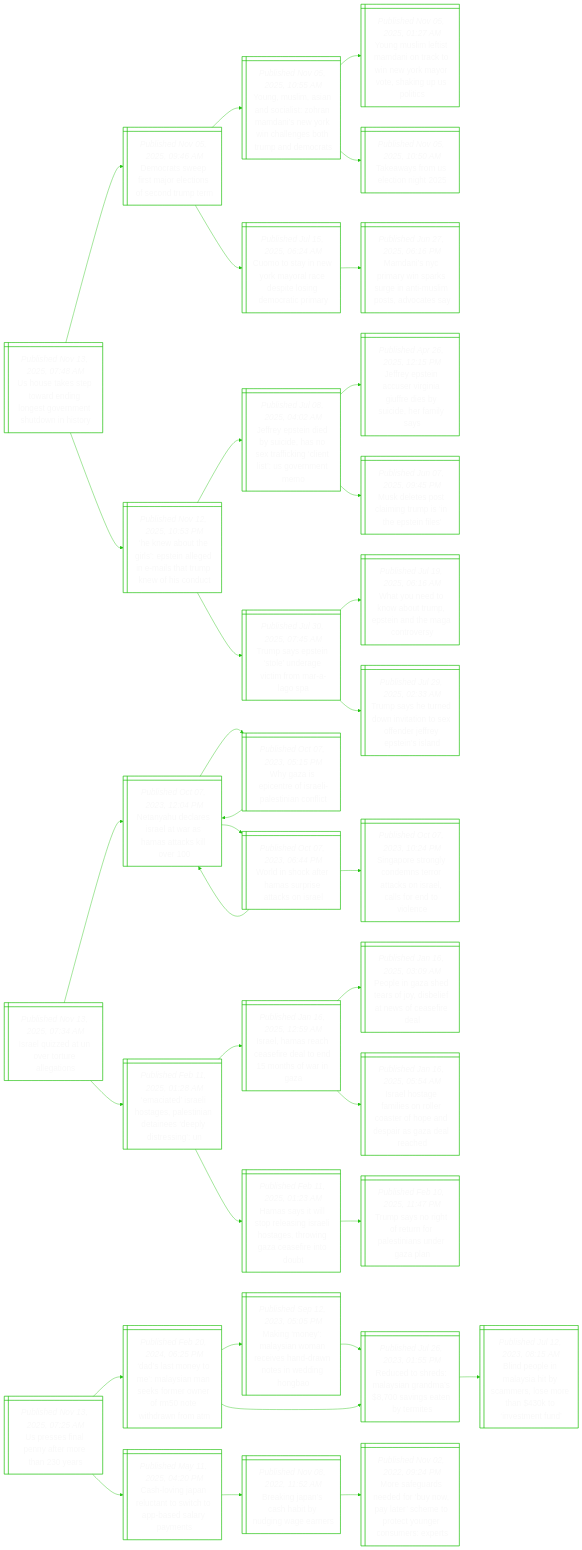
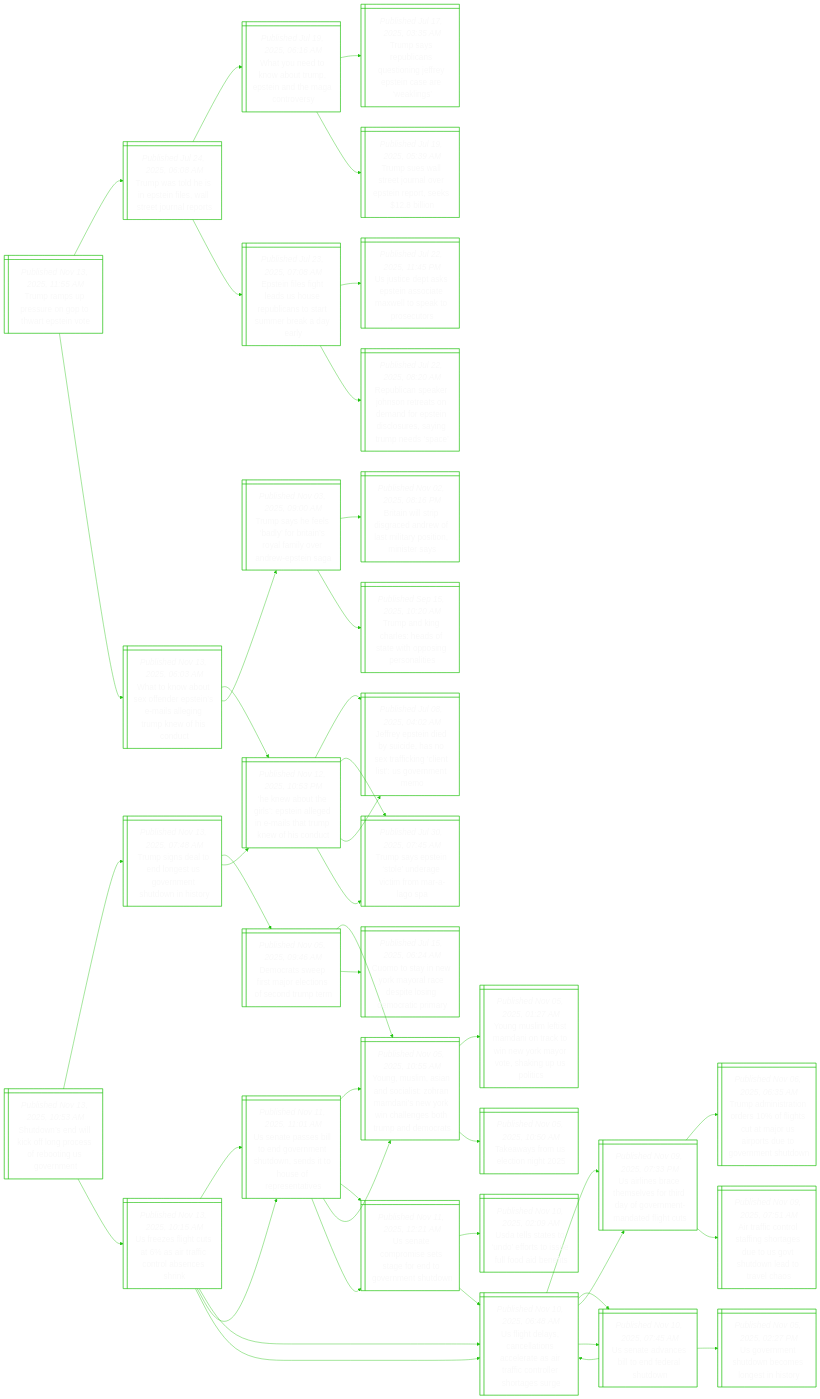
Before and after one commit to notJmes/notJmes: the diagram in README.md, drawn with Mermaid. The commit also changed other lines of this file, not shown here.

````diff
--- a/README.md
+++ b/README.md
@@ -16,115 +16,142 @@
 flowchart LR
 classDef txtsize font-size:20px;
 
-Usepringnsohr@{ shape: win-pane, label: "_Published Nov 13, 2025, 07:48 AM_
-Us house takes step toward ending longest government shutdown in history" }
+Trusotasv@{ shape: win-pane, label: "_Published Nov 13, 2025, 11:55 AM_
+Trump ramps up pressure on gop to thwart epstein vote" }
+TwlssfWtJao@{ shape: win-pane, label: "_Published Jul 24, 2025, 06:08 AM_
+Trump was told he is in epstein files, wall street journal reports" }
+WodoumtnMov@{ shape: win-pane, label: "_Published Jul 19, 2025, 06:16 AM_
+What you need to know about trump, epstein and the maga controversy" }
+Tseiqigrscrks@{ shape: win-pane, label: "_Published Jul 17, 2025, 03:35 AM_
+Trump says republicans questioning jeffrey epstein case are ‘weaklings’" }
+TsarolEioel@{ shape: win-pane, label: "_Published Jul 19, 2025, 05:39 AM_
+Trump sues wall street journal over epstein report, seeks $12.8 billion" }
+Eiehdoeitrmeal@{ shape: win-pane, label: "_Published Jul 23, 2025, 07:08 AM_
+Epstein files fight leads us house republicans to start summer break a day early" }
+Utektsaxtaru@{ shape: win-pane, label: "_Published Jul 22, 2025, 11:45 PM_
+Us justice dept asks epstein associate maxwell to speak to prosecutors" }
+RlSenetefsdosnmdc@{ shape: win-pane, label: "_Published Jul 22, 2025, 08:20 AM_
+Republican speaker johnson retreats on demand for epstein disclosures, saying trump needs ‘space’" }
+Woasfremaiueid@{ shape: win-pane, label: "_Published Nov 13, 2025, 06:03 AM_
+What to know about sex offender epstein’s e-mails alleging trump knew of his conduct" }
+HwtipngesTkfot@{ shape: win-pane, label: "_Published Nov 12, 2025, 10:53 PM_
+‘he knew about the girls’: epstein alleged in e-mails that trump knew of his conduct" }
+Jetisdntigntvem@{ shape: win-pane, label: "_Published Jul 08, 2025, 04:02 AM_
+Jeffrey epstein died by suicide, has no sex trafficking ‘client list’: us government memo" }
+Tspnerifag@{ shape: win-pane, label: "_Published Jul 30, 2025, 07:45 AM_
+Trump says epstein ‘stole’ underage victim from mar-a-lago spa" }
+Tsesyrnaierss@{ shape: win-pane, label: "_Published Nov 03, 2025, 09:00 AM_
+Trump says he feels ‘badly’ for britain’s royal family over andrew-epstein saga" }
+BilprAwsipinr@{ shape: win-pane, label: "_Published Nov 02, 2025, 08:16 PM_
+Britain will strip disgraced andrew of last military position, minister says" }
+Tanrefeoirls@{ shape: win-pane, label: "_Published Sep 15, 2025, 10:20 AM_
+Trump and king charles: heads of state with opposing personalities" }
+
+Trusotasv:::txtsize --> TwlssfWtJao:::txtsize
+TwlssfWtJao:::txtsize --> WodoumtnMov:::txtsize
+WodoumtnMov:::txtsize --> Tseiqigrscrks:::txtsize
+WodoumtnMov:::txtsize --> TsarolEioel:::txtsize
+TwlssfWtJao:::txtsize --> Eiehdoeitrmeal:::txtsize
+Eiehdoeitrmeal:::txtsize --> Utektsaxtaru:::txtsize
+Eiehdoeitrmeal:::txtsize --> RlSenetefsdosnmdc:::txtsize
+Trusotasv:::txtsize --> Woasfremaiueid:::txtsize
+Woasfremaiueid:::txtsize --> HwtipngesTkfot:::txtsize
+HwtipngesTkfot:::txtsize --> Jetisdntigntvem:::txtsize
+HwtipngesTkfot:::txtsize --> Tspnerifag:::txtsize
+Woasfremaiueid:::txtsize --> Tsesyrnaierss:::txtsize
+Tsesyrnaierss:::txtsize --> BilprAwsipinr:::txtsize
+Tsesyrnaierss:::txtsize --> Tanrefeoirls:::txtsize
+
+SonloncfoUen@{ shape: win-pane, label: "_Published Nov 13, 2025, 10:53 AM_
+Shutdown’s end will kick off long process of rebooting us government" }
+Tsdootveuns@{ shape: win-pane, label: "_Published Nov 13, 2025, 07:48 AM_
+Trump signs deal to end longest us government shutdown in history" }
 Drwialosdp@{ shape: win-pane, label: "_Published Nov 05, 2025, 09:46 AM_
 Democrats sweep first major elections of second trump term" }
+YMmnoihaiYilehpea@{ shape: win-pane, label: "_Published Nov 05, 2025, 10:55 AM_
+Young, muslim, asian and socialist: zohran mamdani’s new york win challenges both trump and democrats" }
+Ctywmaeiseary@{ shape: win-pane, label: "_Published Jul 15, 2025, 06:24 AM_
+Cuomo to stay in new york mayoral race despite losing democratic primary" }
+HwtipngesTkfot@{ shape: win-pane, label: "_Published Nov 12, 2025, 10:53 PM_
+‘he knew about the girls’: epstein alleged in e-mails that trump knew of his conduct" }
+Jetisdntigntvem@{ shape: win-pane, label: "_Published Jul 08, 2025, 04:02 AM_
+Jeffrey epstein died by suicide, has no sex trafficking ‘client list’: us government memo" }
+Tspnerifag@{ shape: win-pane, label: "_Published Jul 30, 2025, 07:45 AM_
+Trump says epstein ‘stole’ underage victim from mar-a-lago spa" }
+Uelctrfnacr@{ shape: win-pane, label: "_Published Nov 13, 2025, 10:15 AM_
+Us freezes flight cuts at 6% as air traffic control absences shrink" }
+UasieveunsHorte@{ shape: win-pane, label: "_Published Nov 11, 2025, 11:01 AM_
+Us senate passes bill to end government shutdown, sends it to house of representatives" }
+YMmnoihaiYilehpea@{ shape: win-pane, label: "_Published Nov 05, 2025, 10:55 AM_
+Young, muslim, asian and socialist: zohran mamdani’s new york win challenges both trump and democrats" }
+Uamitgegnso@{ shape: win-pane, label: "_Published Nov 11, 2025, 12:21 AM_
+Us senate compromise sets stage for end to government shutdown" }
+Uglalnetifolhgr@{ shape: win-pane, label: "_Published Nov 10, 2025, 06:48 AM_
+Us flight delays, cancellations accelerate as air traffic controller shortages surge" }
+Ulbtefiyvendhs@{ shape: win-pane, label: "_Published Nov 09, 2025, 07:33 PM_
+Us airlines brace themselves for third day of government-mandated flight cuts" }
+Uavstfat@{ shape: win-pane, label: "_Published Nov 10, 2025, 07:45 AM_
+Us senate advances bill to end federal shutdown" }
+
+SonloncfoUen:::txtsize --> Tsdootveuns:::txtsize
+Tsdootveuns:::txtsize --> Drwialosdp:::txtsize
+Drwialosdp:::txtsize --> YMmnoihaiYilehpea:::txtsize
+Drwialosdp:::txtsize --> Ctywmaeiseary:::txtsize
+Tsdootveuns:::txtsize --> HwtipngesTkfot:::txtsize
+HwtipngesTkfot:::txtsize --> Jetisdntigntvem:::txtsize
+HwtipngesTkfot:::txtsize --> Tspnerifag:::txtsize
+SonloncfoUen:::txtsize --> Uelctrfnacr:::txtsize
+Uelctrfnacr:::txtsize --> UasieveunsHorte:::txtsize
+UasieveunsHorte:::txtsize --> YMmnoihaiYilehpea:::txtsize
+UasieveunsHorte:::txtsize --> Uamitgegnso:::txtsize
+Uelctrfnacr:::txtsize --> Uglalnetifolhgr:::txtsize
+Uglalnetifolhgr:::txtsize --> Ulbtefiyvendhs:::txtsize
+Uglalnetifolhgr:::txtsize --> Uavstfat:::txtsize
+
+Uelctrfnacr@{ shape: win-pane, label: "_Published Nov 13, 2025, 10:15 AM_
+Us freezes flight cuts at 6% as air traffic control absences shrink" }
+UasieveunsHorte@{ shape: win-pane, label: "_Published Nov 11, 2025, 11:01 AM_
+Us senate passes bill to end government shutdown, sends it to house of representatives" }
 YMmnoihaiYilehpea@{ shape: win-pane, label: "_Published Nov 05, 2025, 10:55 AM_
 Young, muslim, asian and socialist: zohran mamdani’s new york win challenges both trump and democrats" }
 YMmimociYaoauoc@{ shape: win-pane, label: "_Published Nov 05, 2025, 01:27 AM_
 Young muslim leftist mamdani on track to win new york mayor vote, shaking up us politics" }
 Twreig@{ shape: win-pane, label: "_Published Nov 05, 2025, 10:50 AM_
 Takeaways from us election night 2025" }
-Ctywmaeiseary@{ shape: win-pane, label: "_Published Jul 15, 2025, 06:24 AM_
-Cuomo to stay in new york mayoral race despite losing democratic primary" }
-MnCankgnsodty@{ shape: win-pane, label: "_Published Jun 27, 2025, 06:16 PM_
-Mamdani’s nyc primary win sparks surge in anti-muslim posts, advocates say" }
-HwtipngesTkfot@{ shape: win-pane, label: "_Published Nov 12, 2025, 10:53 PM_
-‘he knew about the girls’: epstein alleged in e-mails that trump knew of his conduct" }
-Jetisdntigntvem@{ shape: win-pane, label: "_Published Jul 08, 2025, 04:02 AM_
-Jeffrey epstein died by suicide, has no sex trafficking ‘client list’: us government memo" }
-Jetcriiebceiy@{ shape: win-pane, label: "_Published Apr 26, 2025, 12:15 PM_
-Jeffrey epstein accuser virginia giuffre dies by suicide, her family says" }
-MesciuiEie@{ shape: win-pane, label: "_Published Jun 07, 2025, 09:45 PM_
-Musk deletes post claiming trump is ‘in the epstein files’" }
-Tspnerifag@{ shape: win-pane, label: "_Published Jul 30, 2025, 07:45 AM_
-Trump says epstein ‘stole’ underage victim from mar-a-lago spa" }
-WodoumtnMov@{ shape: win-pane, label: "_Published Jul 19, 2025, 06:16 AM_
-What you need to know about trump, epstein and the maga controversy" }
-Tseentnxneyes@{ shape: win-pane, label: "_Published Jul 29, 2025, 02:33 AM_
-Trump says he turned down invitation to sex offender jeffrey epstein’s island" }
+Uamitgegnso@{ shape: win-pane, label: "_Published Nov 11, 2025, 12:21 AM_
+Us senate compromise sets stage for end to government shutdown" }
+Uettorifodf@{ shape: win-pane, label: "_Published Nov 10, 2025, 02:09 AM_
+Usda tells states to ‘undo’ efforts to issue full food aid benefits" }
+Uglalnetifolhgr@{ shape: win-pane, label: "_Published Nov 10, 2025, 06:48 AM_
+Us flight delays, cancellations accelerate as air traffic controller shortages surge" }
+Uglalnetifolhgr@{ shape: win-pane, label: "_Published Nov 10, 2025, 06:48 AM_
+Us flight delays, cancellations accelerate as air traffic controller shortages surge" }
+Ulbtefiyvendhs@{ shape: win-pane, label: "_Published Nov 09, 2025, 07:33 PM_
+Us airlines brace themselves for third day of government-mandated flight cuts" }
+TaitroguaSouomhw@{ shape: win-pane, label: "_Published Nov 06, 2025, 06:35 AM_
+Trump administration orders 10% of flights cut at major us airports due to government shutdown" }
+AacofsauSsoarc@{ shape: win-pane, label: "_Published Nov 09, 2025, 07:51 AM_
+Air traffic control staffing shortages due to us govt shutdown lead to travel chaos" }
+Uavstfat@{ shape: win-pane, label: "_Published Nov 10, 2025, 07:45 AM_
+Us senate advances bill to end federal shutdown" }
+Uentbegno@{ shape: win-pane, label: "_Published Nov 05, 2025, 02:27 PM_
+Us government shutdown becomes longest in history" }
+Uglalnetifolhgr@{ shape: win-pane, label: "_Published Nov 10, 2025, 06:48 AM_
+Us flight delays, cancellations accelerate as air traffic controller shortages surge" }
 
-Usepringnsohr:::txtsize --> Drwialosdp:::txtsize
-Drwialosdp:::txtsize --> YMmnoihaiYilehpea:::txtsize
+Uelctrfnacr:::txtsize --> UasieveunsHorte:::txtsize
+UasieveunsHorte:::txtsize --> YMmnoihaiYilehpea:::txtsize
 YMmnoihaiYilehpea:::txtsize --> YMmimociYaoauoc:::txtsize
 YMmnoihaiYilehpea:::txtsize --> Twreig:::txtsize
-Drwialosdp:::txtsize --> Ctywmaeiseary:::txtsize
-Ctywmaeiseary:::txtsize --> MnCankgnsodty:::txtsize
-Usepringnsohr:::txtsize --> HwtipngesTkfot:::txtsize
-HwtipngesTkfot:::txtsize --> Jetisdntigntvem:::txtsize
-Jetisdntigntvem:::txtsize --> Jetcriiebceiy:::txtsize
-Jetisdntigntvem:::txtsize --> MesciuiEie:::txtsize
-HwtipngesTkfot:::txtsize --> Tspnerifag:::txtsize
-Tspnerifag:::txtsize --> WodoumtnMov:::txtsize
-Tspnerifag:::txtsize --> Tseentnxneyes:::txtsize
-
-IlzUruli@{ shape: win-pane, label: "_Published Nov 13, 2025, 07:34 AM_
-Israel quizzed at un over torture allegations" }
-NyeeawHakl@{ shape: win-pane, label: "_Published Oct 07, 2023, 12:04 PM_
-Netanyahu declares israel at war as hamas attacks kill over 100" }
-WzptIleint@{ shape: win-pane, label: "_Published Oct 07, 2023, 05:15 PM_
-Why gaza is epicentre of israeli-palestinian conflict" }
-NyeeawHakl@{ shape: win-pane, label: "_Published Oct 07, 2023, 12:04 PM_
-Netanyahu declares israel at war as hamas attacks kill over 100" }
-Wiceapaks@{ shape: win-pane, label: "_Published Oct 07, 2023, 06:44 PM_
-World in shock after hamas surprise attacks on israel" }
-NyeeawHakl@{ shape: win-pane, label: "_Published Oct 07, 2023, 12:04 PM_
-Netanyahu declares israel at war as hamas attacks kill over 100" }
-SptldtrcIlsnic@{ shape: win-pane, label: "_Published Oct 07, 2023, 10:24 PM_
-Singapore strongly condemns terror attacks on israel, calls for end to violence" }
-Easiaaidnedeg@{ shape: win-pane, label: "_Published Feb 11, 2025, 01:28 AM_
-‘emaciated’ israeli hostages, palestinian detainees ‘deeply distressing’: un" }
-Ilshedoooia@{ shape: win-pane, label: "_Published Jan 16, 2025, 12:59 AM_
-Israel, hamas reach ceasefire deal to end 15 months of war in gaza" }
-Pezdsyeasarl@{ shape: win-pane, label: "_Published Jan 16, 2025, 03:09 AM_
-People in gaza shed tears of joy, disbelief at news of ceasefire deal" }
-Ilamslorpdiaac@{ shape: win-pane, label: "_Published Jan 16, 2025, 05:54 AM_
-Israel hostage families on roller coaster of hope and despair as gaza deal reached" }
-Hstseirhgrgcfnu@{ shape: win-pane, label: "_Published Feb 11, 2025, 01:23 AM_
-Hamas says it will stop releasing israeli hostages, throwing gaza ceasefire into doubt" }
-Tsottoeinaa@{ shape: win-pane, label: "_Published Feb 10, 2025, 11:47 PM_
-Trump says no right of return for palestinians under gaza plan" }
-
-IlzUruli:::txtsize --> NyeeawHakl:::txtsize
-NyeeawHakl:::txtsize --> WzptIleint:::txtsize
-WzptIleint:::txtsize --> NyeeawHakl:::txtsize
-NyeeawHakl:::txtsize --> Wiceapaks:::txtsize
-Wiceapaks:::txtsize --> NyeeawHakl:::txtsize
-Wiceapaks:::txtsize --> SptldtrcIlsnic:::txtsize
-IlzUruli:::txtsize --> Easiaaidnedeg:::txtsize
-Easiaaidnedeg:::txtsize --> Ilshedoooia:::txtsize
-Ilshedoooia:::txtsize --> Pezdsyeasarl:::txtsize
-Ilshedoooia:::txtsize --> Ilamslorpdiaac:::txtsize
-Easiaaidnedeg:::txtsize --> Hstseirhgrgcfnu:::txtsize
-Hstseirhgrgcfnu:::txtsize --> Tsottoeinaa:::txtsize
-
-Usiefoar@{ shape: win-pane, label: "_Published Nov 13, 2025, 07:25 AM_
-Us presses final penny after more than 230 years" }
-Danmaneooootwm@{ shape: win-pane, label: "_Published Feb 20, 2024, 06:25 PM_
-‘dad’s last money to me’: malaysian man seeks former owner of rm50 note withdrawn from atm" }
-Mgyywrvnweegb@{ shape: win-pane, label: "_Published Sep 12, 2023, 05:05 PM_
-Making ‘money’: malaysian woman receives hand-drawn notes in wedding hongbao" }
-RehMsraiayi@{ shape: win-pane, label: "_Published Jul 26, 2023, 01:55 PM_
-Reduced to shreds: malaysian grandma’s $8,700 savings eaten by termites" }
-RehMsraiayi@{ shape: win-pane, label: "_Published Jul 26, 2023, 01:55 PM_
-Reduced to shreds: malaysian grandma’s $8,700 savings eaten by termites" }
-Bpelaymornnmu@{ shape: win-pane, label: "_Published Jul 12, 2023, 08:15 AM_
-Blind people in malaysia hit by scammers, lose more than $430k to ‘investment fund’" }
-CoJrtocpeays@{ shape: win-pane, label: "_Published May 11, 2025, 04:20 PM_
-Cash-loving japan reluctant to switch to app-based salary payments" }
-Bipabnnee@{ shape: win-pane, label: "_Published Nov 08, 2022, 11:52 AM_
-Breaking japan’s cash habit by nudging wage earners" }
-Maaefyaeepcnoep@{ shape: win-pane, label: "_Published Nov 02, 2022, 09:24 PM_
-More safeguards needed for ‘buy now, pay later’ scheme to protect younger consumers: experts" }
-
-Usiefoar:::txtsize --> Danmaneooootwm:::txtsize
-Danmaneooootwm:::txtsize --> Mgyywrvnweegb:::txtsize
-Mgyywrvnweegb:::txtsize --> RehMsraiayi:::txtsize
-Danmaneooootwm:::txtsize --> RehMsraiayi:::txtsize
-RehMsraiayi:::txtsize --> Bpelaymornnmu:::txtsize
-Usiefoar:::txtsize --> CoJrtocpeays:::txtsize
-CoJrtocpeays:::txtsize --> Bipabnnee:::txtsize
-Bipabnnee:::txtsize --> Maaefyaeepcnoep:::txtsize
+UasieveunsHorte:::txtsize --> Uamitgegnso:::txtsize
+Uamitgegnso:::txtsize --> Uettorifodf:::txtsize
+Uamitgegnso:::txtsize --> Uglalnetifolhgr:::txtsize
+Uelctrfnacr:::txtsize --> Uglalnetifolhgr:::txtsize
+Uglalnetifolhgr:::txtsize --> Ulbtefiyvendhs:::txtsize
+Ulbtefiyvendhs:::txtsize --> TaitroguaSouomhw:::txtsize
+Ulbtefiyvendhs:::txtsize --> AacofsauSsoarc:::txtsize
+Uglalnetifolhgr:::txtsize --> Uavstfat:::txtsize
+Uavstfat:::txtsize --> Uentbegno:::txtsize
+Uavstfat:::txtsize --> Uglalnetifolhgr:::txtsize
 
 ```
````
